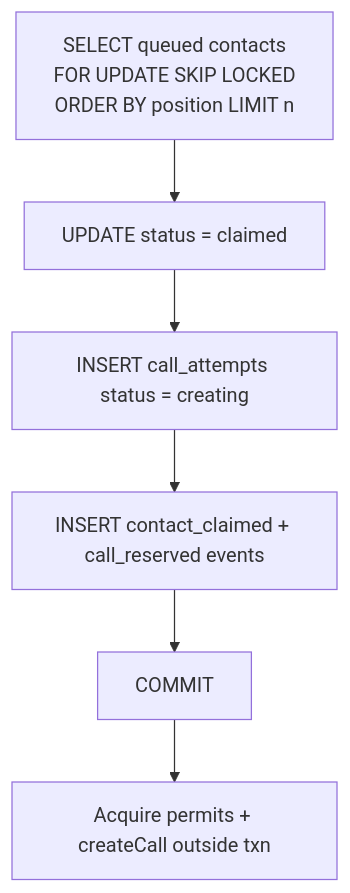
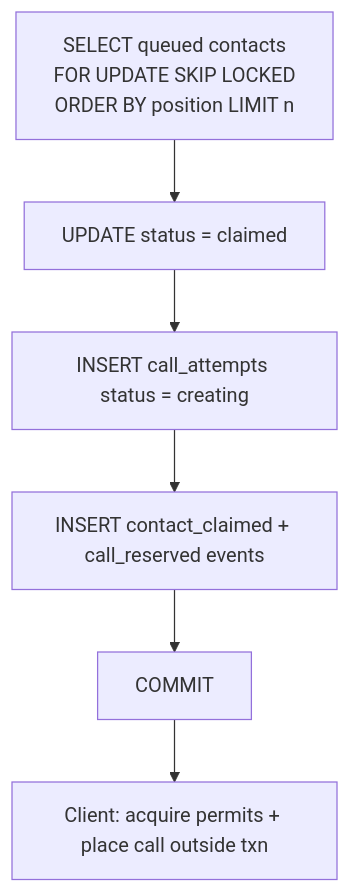
Before and after one commit to daniel-citrus/concurrent-outbound-dialer: the seventh of 9 diagrams in docs/ARCHITECTURE.md, drawn with Mermaid. The commit also changed other lines of this file and 30 other files, not shown here.

````diff
--- a/docs/ARCHITECTURE.md
+++ b/docs/ARCHITECTURE.md
@@ -224,8 +302,8 @@
 ```mermaid
 flowchart TB
   A["SELECT queued contacts\nFOR UPDATE SKIP LOCKED\nORDER BY position LIMIT n"] --> B["UPDATE status = claimed"]
   B --> C["INSERT call_attempts status = creating"]
   C --> D["INSERT contact_claimed + call_reserved events"]
   D --> E[COMMIT]
-  E --> F["Acquire permits + createCall outside txn"]
+  E --> F["Client: acquire permits + place call outside txn"]
 ```
````
